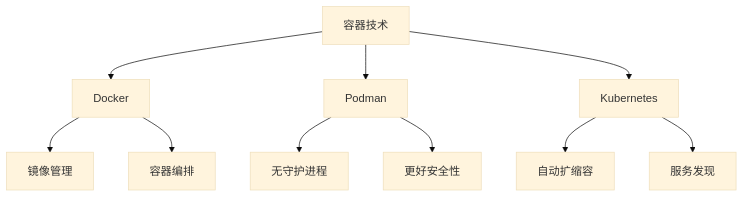
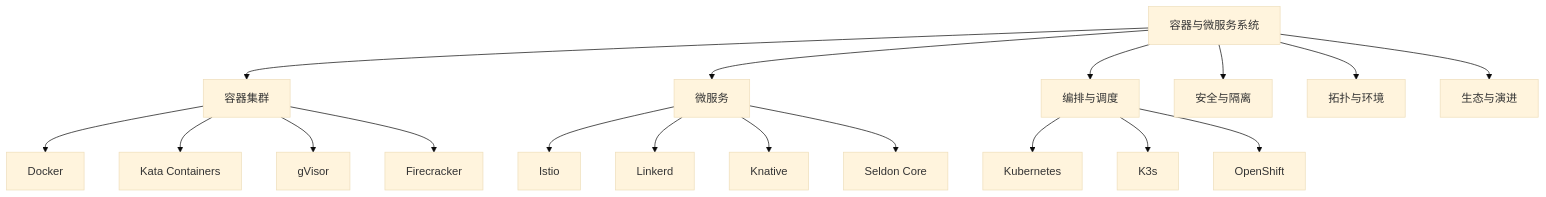
Before and after one commit to AdaMartin18010/SystemOSIOT: the diagram in 7.容器与微服务/7.1 知识梳理/7.1.6 容器技术与微服务.md, drawn with Mermaid (base theme). The commit also changed other lines of this file and 4 other files, not shown here.

````diff
--- a/7.容器与微服务/7.1 知识梳理/7.1.6 容器技术与微服务.md
+++ b/7.容器与微服务/7.1 知识梳理/7.1.6 容器技术与微服务.md
@@ -154,12 +62,20 @@
 ```mermaid
-graph TD
-    A[容器技术] --> B[Docker]
-    A --> C[Podman]
-    A --> D[Kubernetes]
-    B --> E[镜像管理]
-    B --> F[容器编排]
-    C --> G[无守护进程]
-    C --> H[更好安全性]
-    D --> I[自动扩缩容]
-    D --> J[服务发现]
+graph TD;
+  CMS[容器与微服务系统] --> C[容器集群];
+  CMS --> M[微服务];
+  CMS --> O[编排与调度];
+  CMS --> S[安全与隔离];
+  CMS --> T[拓扑与环境];
+  CMS --> E[生态与演进];
+  C --> Docker[Docker];
+  C --> Kata[Kata Containers];
+  C --> gVisor[gVisor];
+  C --> Firecracker[Firecracker];
+  O --> K8s[Kubernetes];
+  O --> K3s[K3s];
+  O --> OpenShift[OpenShift];
+  M --> Istio[Istio];
+  M --> Linkerd[Linkerd];
+  M --> Knative[Knative];
+  M --> Seldon[Seldon Core];
 ```
````
